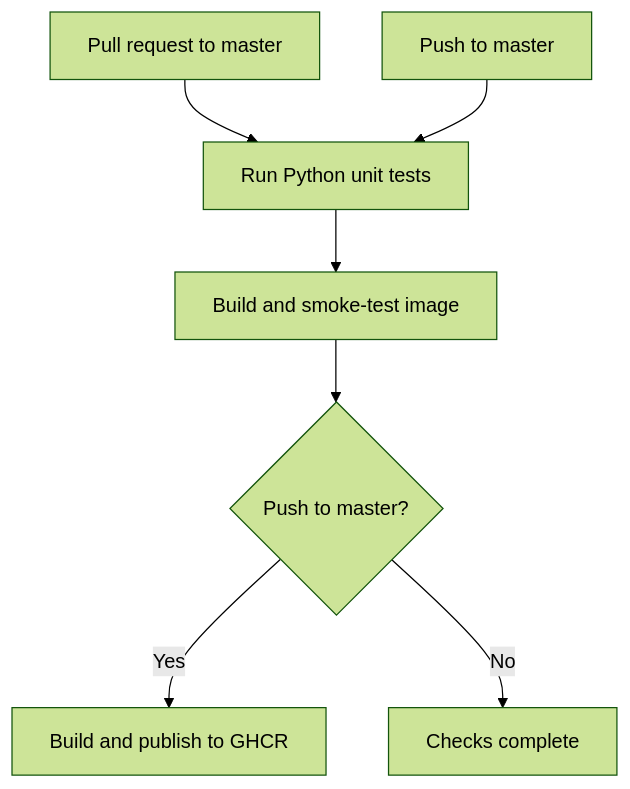
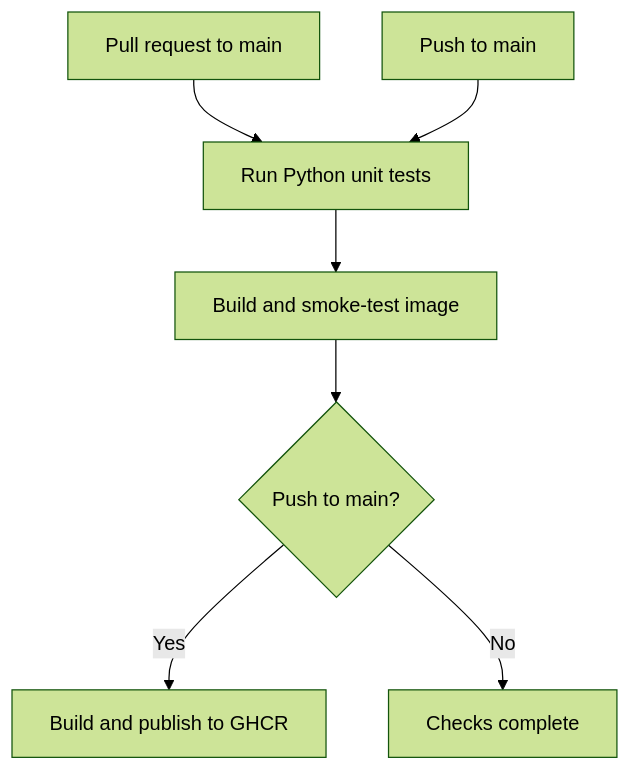
The third of 3 diagrams in docs/architecture.md (saschatrebbin/simple-servicetag-generator), drawn with Mermaid (forest theme) before and after one commit. The commit also changed other lines of this file and 2 other files, not shown here.

Commit message:
Complete default branch migration to main
Refs #35

````diff
--- a/docs/architecture.md
+++ b/docs/architecture.md
@@ -108,9 +108,9 @@
 ```mermaid
 flowchart TD
-    Pull["Pull request to master"] --> Tests["Run Python unit tests"]
-    Push["Push to master"] --> Tests
+    Pull["Pull request to main"] --> Tests["Run Python unit tests"]
+    Push["Push to main"] --> Tests
     Tests --> Check["Build and smoke-test image"]
-    Check --> Event{"Push to master?"}
+    Check --> Event{"Push to main?"}
     Event -->|"Yes"| Publish["Build and publish to GHCR"]
     Event -->|"No"| Done["Checks complete"]
 ```
````
